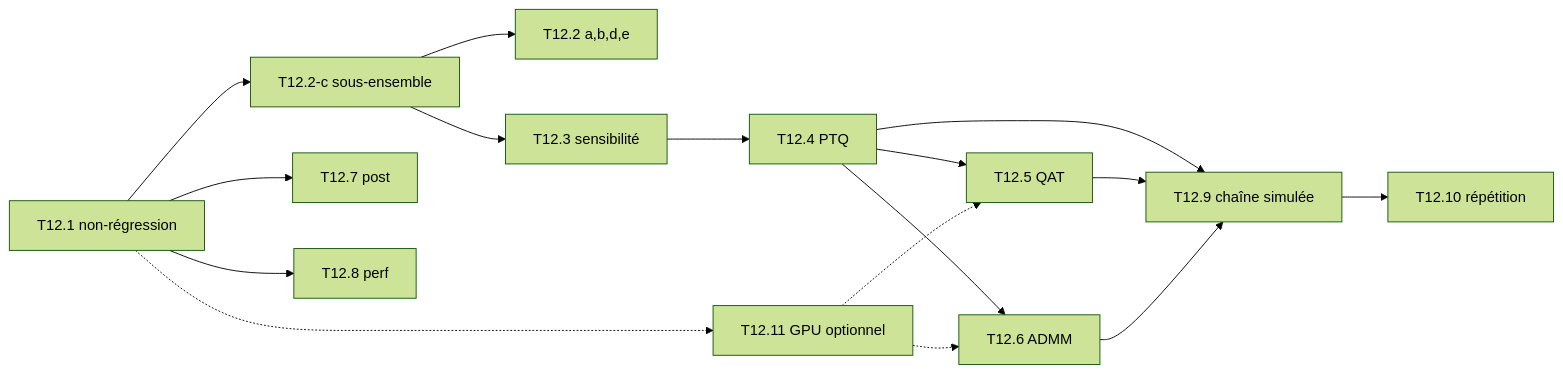
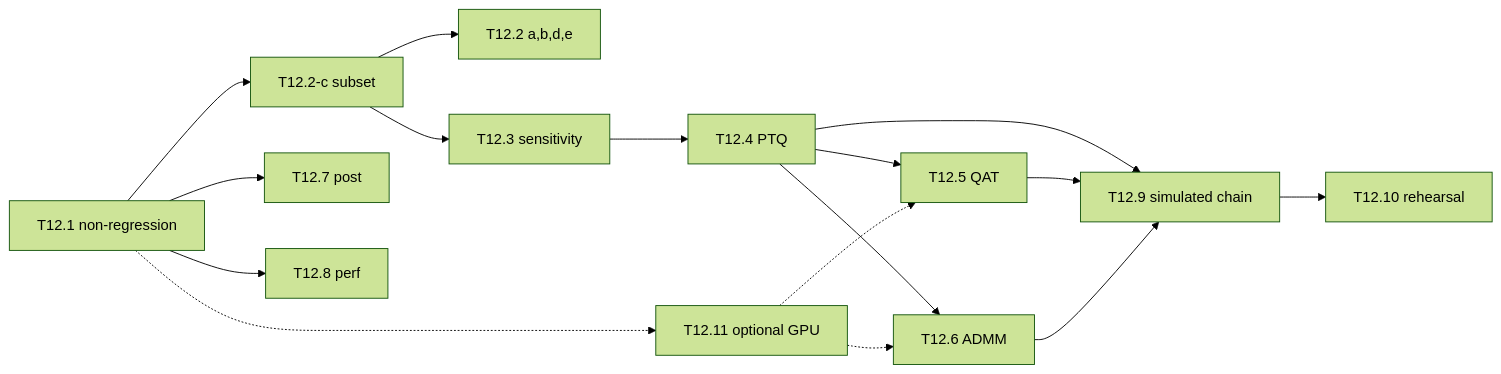
The diagram in docs/tasks/M12-profils-pc.md (lrivals/EmbeddedComputervision), drawn with Mermaid (forest theme) before and after one commit. The commit also changed other lines of this file and 9 other files, not shown here.

````diff
--- a/docs/tasks/M12-profils-pc.md
+++ b/docs/tasks/M12-profils-pc.md
@@ -492,11 +492,11 @@
 ```mermaid
 graph LR
-  T1[T12.1 non-régression] --> T2c[T12.2-c sous-ensemble]
-  T2c --> T2[T12.2 a,b,d,e] & T3[T12.3 sensibilité]
+  T1[T12.1 non-regression] --> T2c[T12.2-c subset]
+  T2c --> T2[T12.2 a,b,d,e] & T3[T12.3 sensitivity]
   T3 --> T4[T12.4 PTQ]
   T4 --> T5[T12.5 QAT] & T6[T12.6 ADMM]
-  T1 -.-> T11[T12.11 GPU optionnel] -.-> T5 & T6
+  T1 -.-> T11[T12.11 optional GPU] -.-> T5 & T6
   T1 --> T7[T12.7 post] & T8[T12.8 perf]
-  T4 & T5 & T6 --> T9[T12.9 chaîne simulée]
-  T9 --> T10[T12.10 répétition]
+  T4 & T5 & T6 --> T9[T12.9 simulated chain]
+  T9 --> T10[T12.10 rehearsal]
 ```
````
